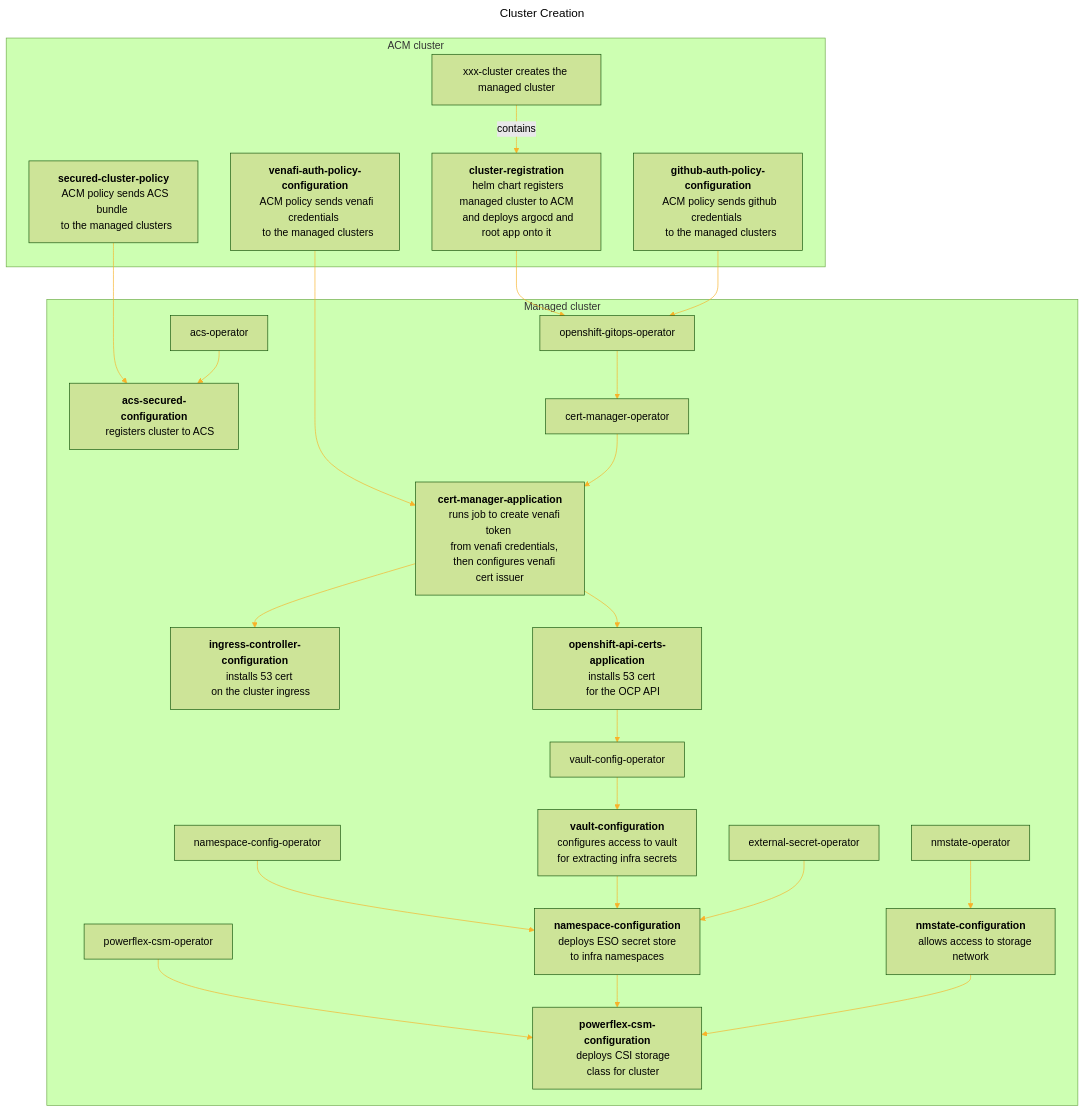
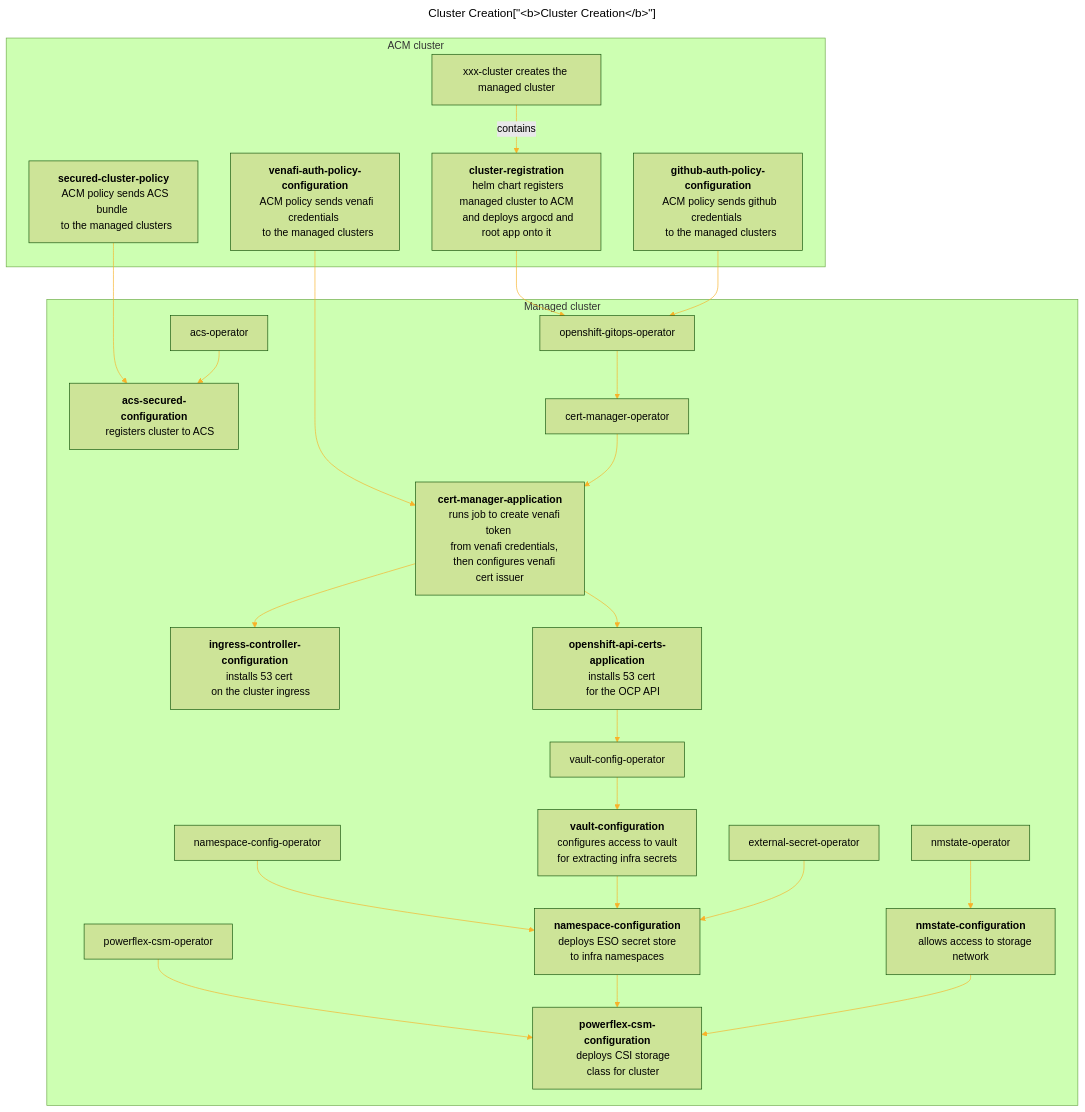
Before and after one commit to mmwillingham/acm: the diagram in test-mermaid/test-mermaid.build.md, drawn with Mermaid.

````diff
--- a/test-mermaid/test-mermaid.build.md
+++ b/test-mermaid/test-mermaid.build.md
@@ -2,68 +2,68 @@
 ```mermaid
 ---
-title: Cluster Creation
+title: Cluster Creation["<b>Cluster Creation</b>"]
 ---
 %%{
   init: {
     'theme': 'forest',
     'themeVariables': {
       'primaryColor': '#BB2528',
       'primaryTextColor': '#fff',
       'primaryBorderColor': '#7C0000',
       'lineColor': '#F8B229',
       'secondaryColor': '#006100',
       'tertiaryColor': '#fff'
     }
   }
 }%%
 flowchart TD
 venafi-auth-policy-configuration --> cert-manager-application
 cluster-registration --> openshift-gitops-operator
 github-auth-policy-configuration --> openshift-gitops-operator
 secured-cluster-policy --> acs-secured-configuration
 subgraph ACM cluster
 xxx-cluster["xxx-cluster creates the managed cluster"] -- contains --> cluster-registration["<b>cluster-registration</b>
   helm chart registers managed cluster to ACM
   and deploys argocd and root app onto it"]
 venafi-auth-policy-configuration["<b>venafi-auth-policy-configuration</b>
   ACM policy sends venafi credentials 
   to the managed clusters"]
 github-auth-policy-configuration["<b>github-auth-policy-configuration</b>
   ACM policy sends github credentials 
   to the managed clusters"]
 secured-cluster-policy["<b>secured-cluster-policy</b>
   ACM policy sends ACS bundle 
   to the managed clusters"]
 end
 subgraph Managed cluster
 openshift-gitops-operator --> cert-manager-operator
 cert-manager-operator --> cert-manager-application["<b>cert-manager-application</b>
     runs job to create venafi token 
     from venafi credentials, 
     then configures venafi cert issuer"]
 cert-manager-application --> ingress-controller-configuration["<b>ingress-controller-configuration</b>
     installs 53 cert 
     on the cluster ingress"]
 cert-manager-application --> openshift-api-certs-application["<b>openshift-api-certs-application</b>
     installs 53 cert 
     for the OCP API"]    
 openshift-api-certs-application --> vault-config-operator
 vault-config-operator --> vault-configuration["<b>vault-configuration</b>
     configures access to vault 
     for extracting infra secrets"]
 nmstate-operator --> nmstate-configuration["<b>nmstate-configuration</b>
     allows access to storage network"]
 namespace-config-operator --> namespace-configuration["<b>namespace-configuration</b>
     deploys ESO secret store 
     to infra namespaces"]
 vault-configuration --> namespace-configuration
 external-secret-operator --> namespace-configuration
 powerflex-csm-operator --> powerflex-csm-configuration["<b>powerflex-csm-configuration</b>
     deploys CSI storage
     class for cluster"]
 namespace-configuration --> powerflex-csm-configuration
 nmstate-configuration --> powerflex-csm-configuration
 acs-operator --> acs-secured-configuration["<b>acs-secured-configuration</b>
     registers cluster to ACS"]    
 end
 ```
````
